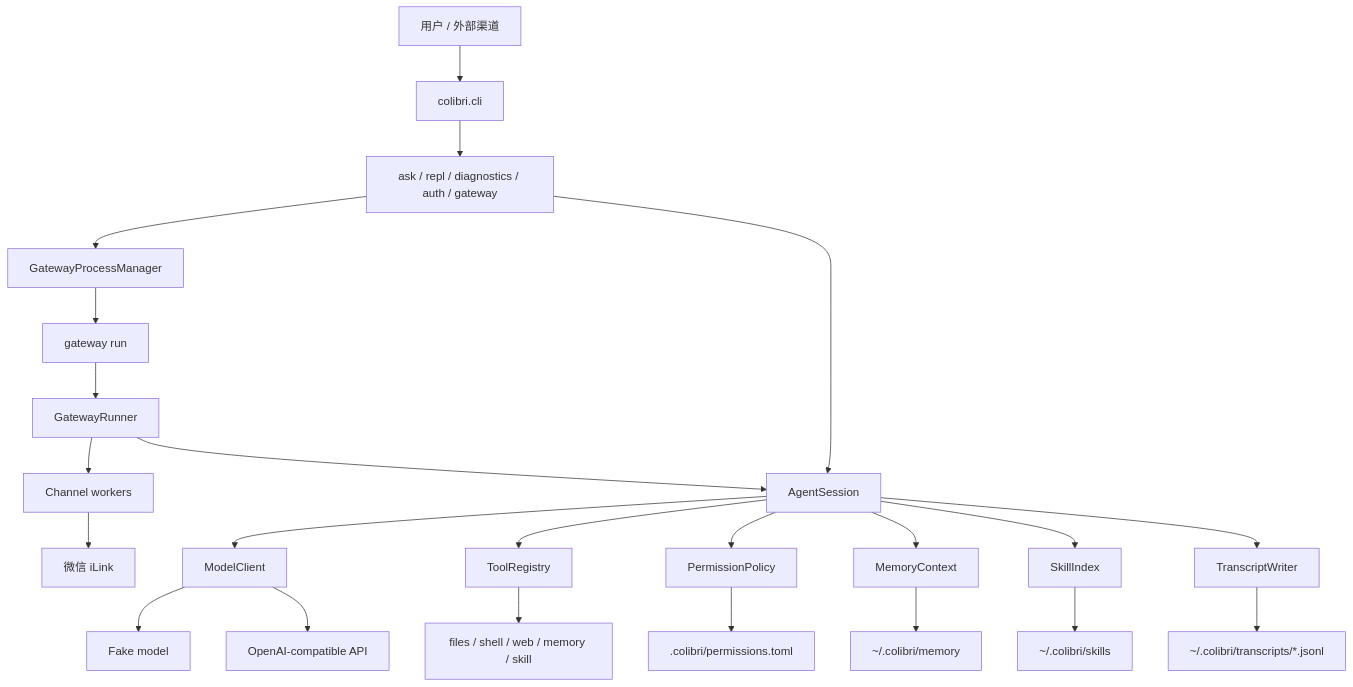
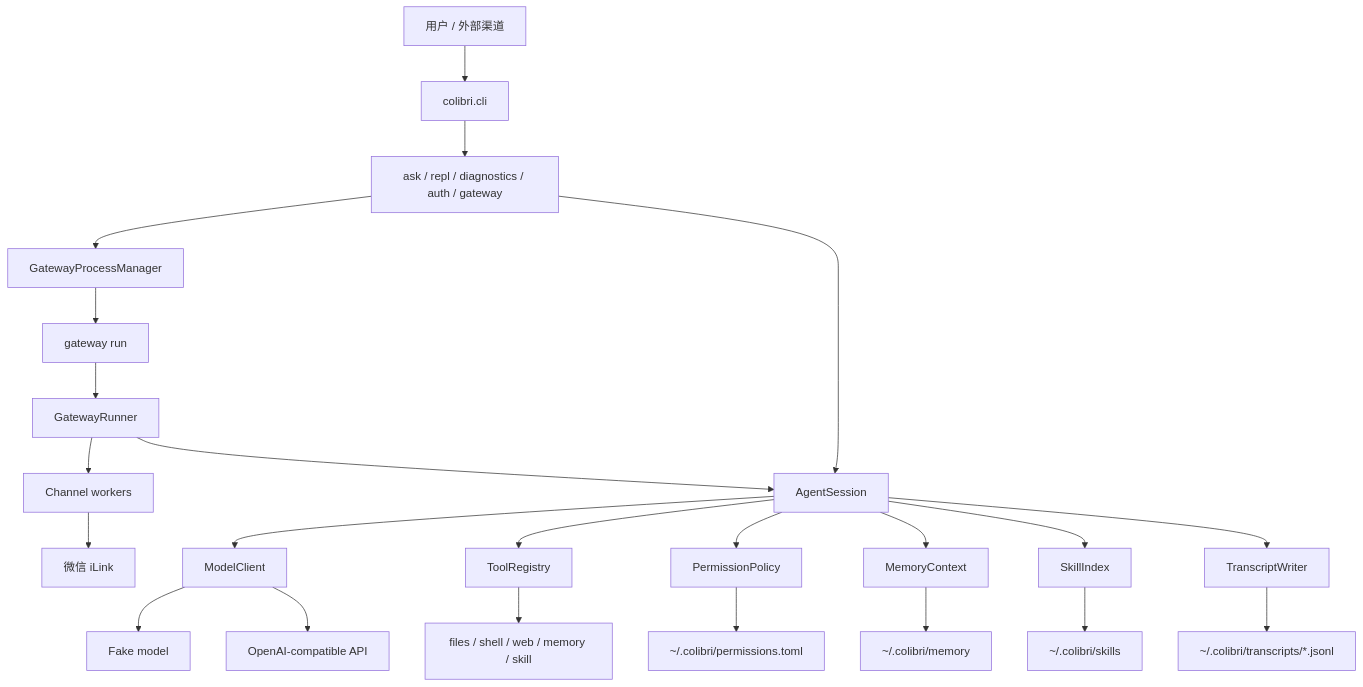
One commit to yunbudong11114/colibri changed the diagram in README.zh-CN.md. Above: the diagram before and after it, drawn with Mermaid. The commit also changed other lines of this file and 19 other files, not shown here.

Commit message:
Unify numeric user permissions

````diff
--- a/README.zh-CN.md
+++ b/README.zh-CN.md
@@ -26,25 +26,25 @@
 ```mermaid
 flowchart TD
     User["用户 / 外部渠道"] --> CLI["colibri.cli"]
     CLI --> Commands["ask / repl / diagnostics / auth / gateway"]
     Commands --> Session["AgentSession"]
     Commands --> GatewayProc["GatewayProcessManager"]
     GatewayProc --> GatewayRun["gateway run"]
     GatewayRun --> Gateway["GatewayRunner"]
     Gateway --> Channels["Channel workers"]
     Channels --> Weixin["微信 iLink"]
     Gateway --> Session
     Session --> Model["ModelClient"]
     Model --> Fake["Fake model"]
     Model --> OpenAI["OpenAI-compatible API"]
     Session --> Registry["ToolRegistry"]
     Registry --> Tools["files / shell / web / memory / skill"]
     Session --> Permissions["PermissionPolicy"]
-    Permissions --> ProjectPerms[".colibri/permissions.toml"]
+    Permissions --> UserPerms["~/.colibri/permissions.toml"]
     Session --> Memory["MemoryContext"]
     Memory --> MemoryFiles["~/.colibri/memory"]
     Session --> Skills["SkillIndex"]
     Skills --> SkillFiles["~/.colibri/skills"]
     Session --> Transcript["TranscriptWriter"]
     Transcript --> TranscriptFiles["~/.colibri/transcripts/*.jsonl"]
 ```
````
